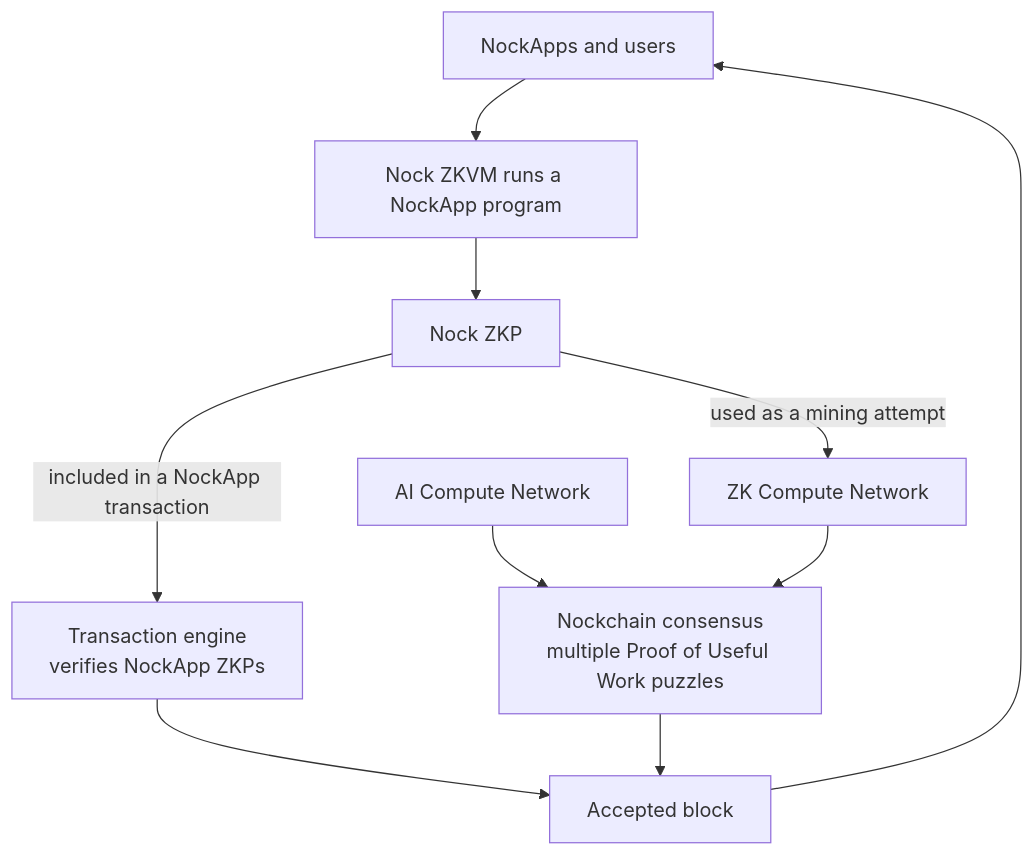
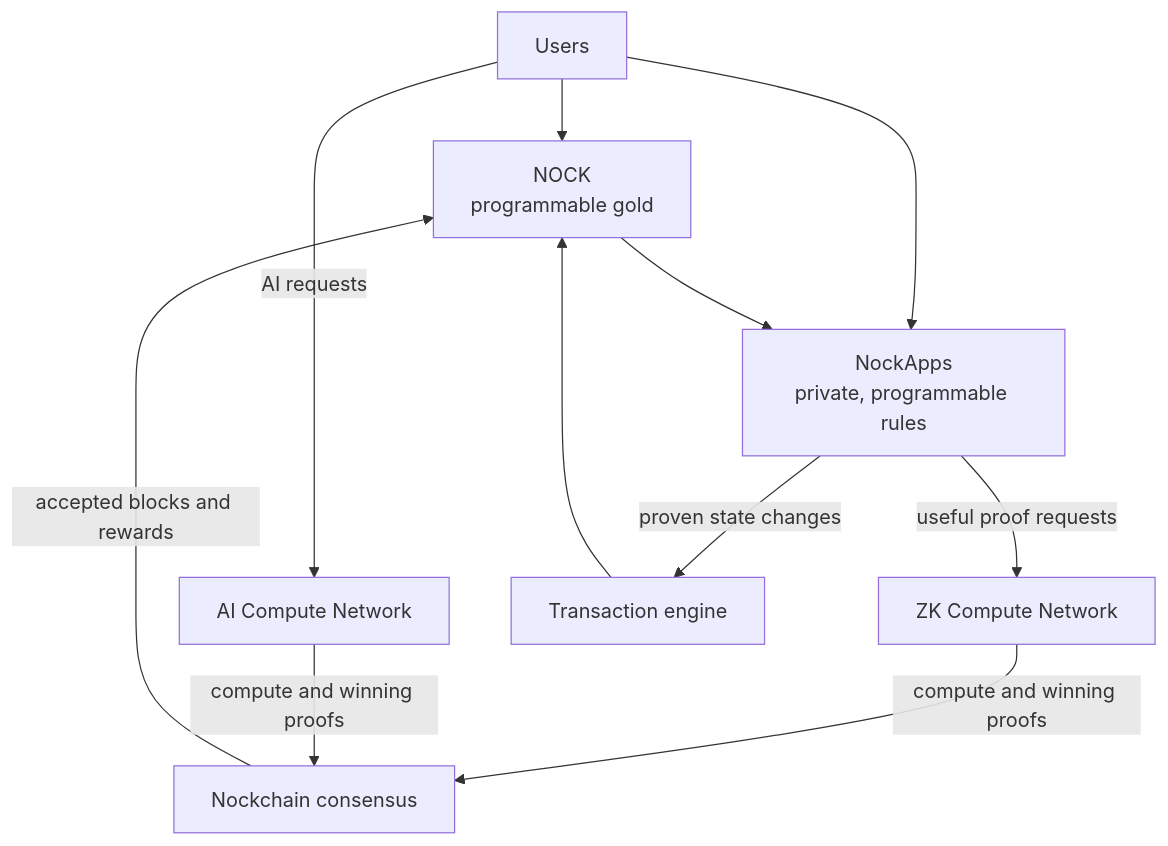
One commit to nockchain/nockchain changed the diagram in nockchain-eli5.md. Above: the diagram before and after it, drawn with Mermaid. The commit also changed other lines of this file and 2 other files, not shown here.

First line of the commit message:
Center Nockchain on programmable money

````diff
--- a/nockchain-eli5.md
+++ b/nockchain-eli5.md
@@ -66,14 +92,15 @@
 ```mermaid
 flowchart TB
-  A["NockApps and users"] --> VM["Nock ZKVM runs a NockApp program"]
-  VM --> P["Nock ZKP"]
+  U["Users"] --> M["NOCK<br/>programmable gold"]
+  U --> A["NockApps<br/>private, programmable rules"]
+  M --> A
 
-  P -->|"included in a NockApp transaction"| TX["Transaction engine<br/>verifies NockApp ZKPs"]
-  P -->|"used as a mining attempt"| ZK["ZK Compute Network"]
-  AI["AI Compute Network"] --> C["Nockchain consensus<br/>multiple Proof of Useful Work puzzles"]
-  ZK --> C
+  A -->|"useful proof requests"| ZK["ZK Compute Network"]
+  U -->|"AI requests"| AI["AI Compute Network"]
 
-  TX --> B["Accepted block"]
-  C --> B
-  B --> A
+  ZK -->|"compute and winning proofs"| C["Nockchain consensus"]
+  AI -->|"compute and winning proofs"| C
+  C -->|"accepted blocks and rewards"| M
+  A -->|"proven state changes"| T["Transaction engine"]
+  T --> M
 ```
````
